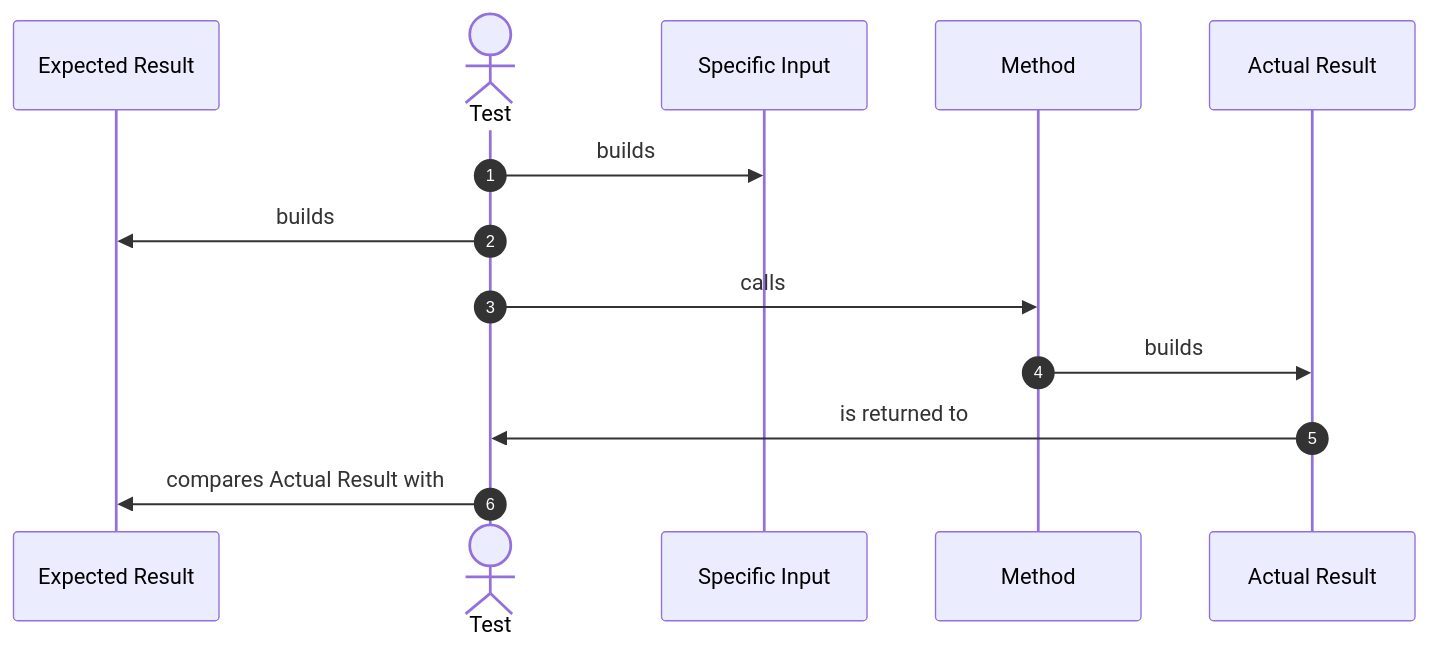
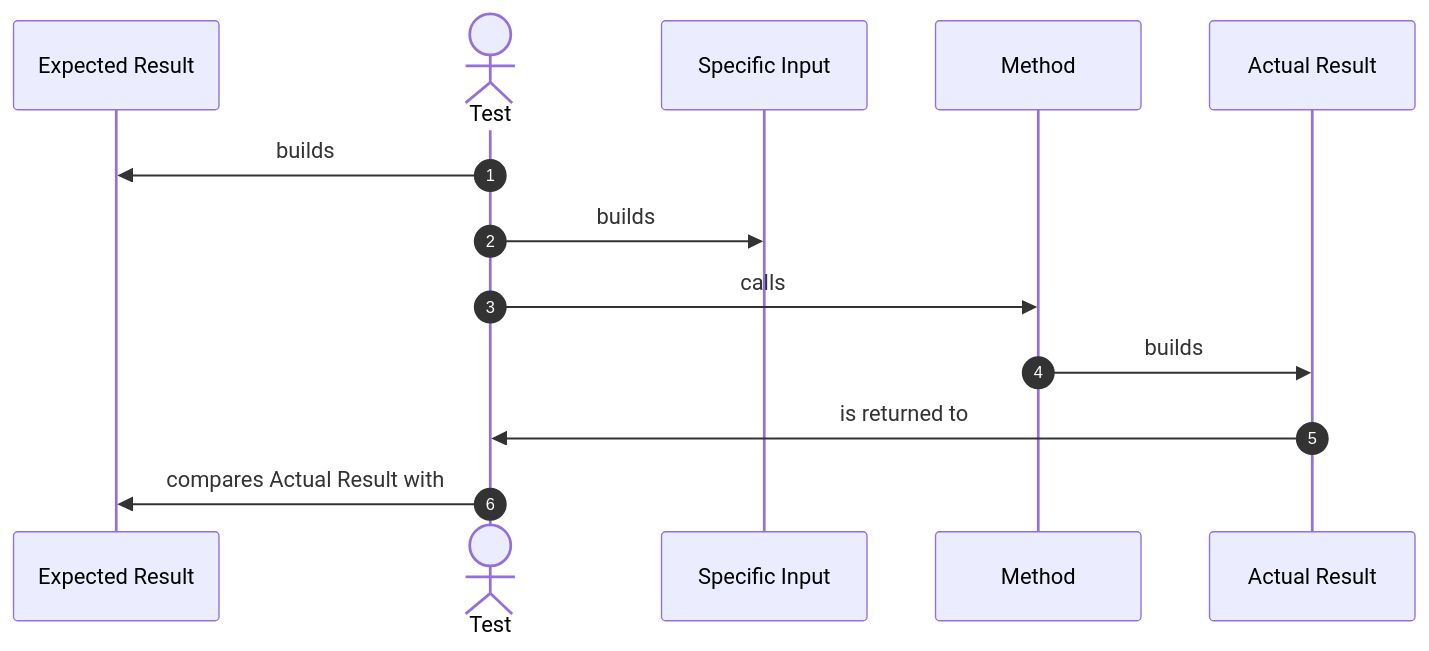
The second of 6 diagrams in technology/UnitTests guidelines.md (ghitacornel/docs), drawn with Mermaid before and after one commit. The commit also changed other lines of this file, not shown here.

````diff
--- a/technology/UnitTests guidelines.md
+++ b/technology/UnitTests guidelines.md
@@ -30,16 +30,16 @@
 ```mermaid
 sequenceDiagram
     autonumber
-    participant Expected Result
+    participant ER as Expected Result
     actor Test
-    participant Specific Input
+    participant SI as Specific Input
     participant Method
-    participant Actual Result
-    Test->>Specific Input:builds
-    Test->>Expected Result:builds
+    participant AR as Actual Result
+    Test->>ER:builds
+    Test->>SI:builds
     Test->>Method:calls
-    Method->>Actual Result:builds
-    Actual Result->>Test:is returned to
-    Test->>Expected Result:compares Actual Result with
+    Method->>AR:builds
+    AR->>Test:is returned to
+    Test->>ER:compares Actual Result with
     
 ```
````
